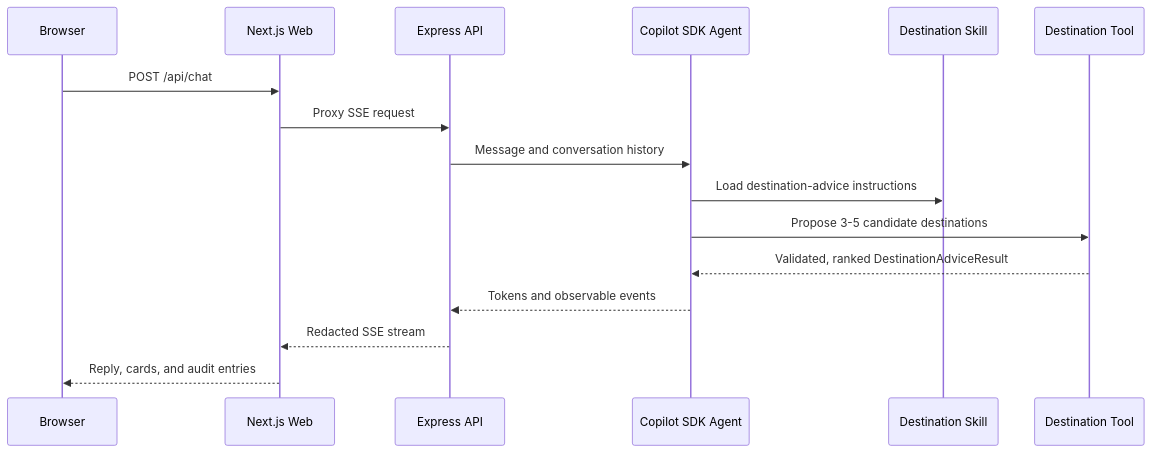
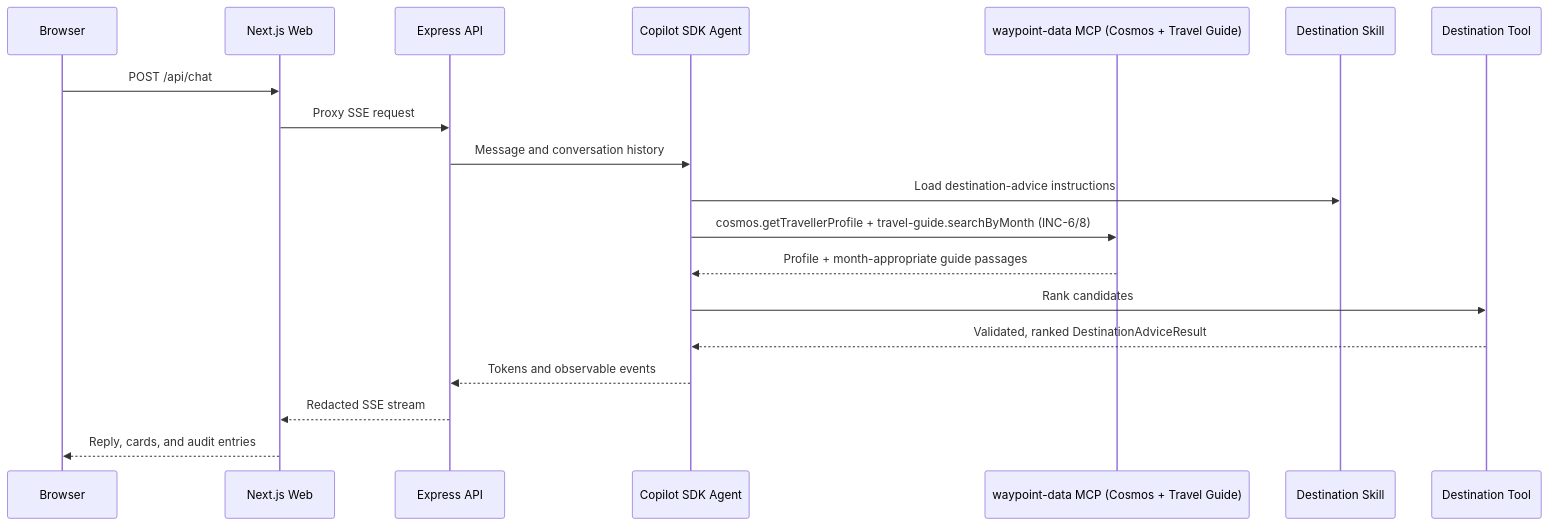
One commit to andrew-rubio/waypoint-demo changed the second of 2 diagrams in demo-guide.md. Above: the diagram before and after it, drawn with Mermaid. The commit also changed other lines of this file and 42 other files, not shown here.

````diff
--- a/demo-guide.md
+++ b/demo-guide.md
@@ -179,19 +182,22 @@
 ```mermaid
 sequenceDiagram
     participant Browser
     participant Web as Next.js Web
     participant API as Express API
     participant Agent as Copilot SDK Agent
+    participant Data as waypoint-data MCP (Cosmos + Travel Guide)
     participant Skill as Destination Skill
     participant Tool as Destination Tool
 
     Browser->>Web: POST /api/chat
     Web->>API: Proxy SSE request
     API->>Agent: Message and conversation history
     Agent->>Skill: Load destination-advice instructions
-    Agent->>Tool: Propose 3-5 candidate destinations
+    Agent->>Data: cosmos.getTravellerProfile + travel-guide.searchByMonth (INC-6/8)
+    Data-->>Agent: Profile + month-appropriate guide passages
+    Agent->>Tool: Rank candidates
     Tool-->>Agent: Validated, ranked DestinationAdviceResult
     Agent-->>API: Tokens and observable events
     API-->>Web: Redacted SSE stream
     Web-->>Browser: Reply, cards, and audit entries
 ```
````
